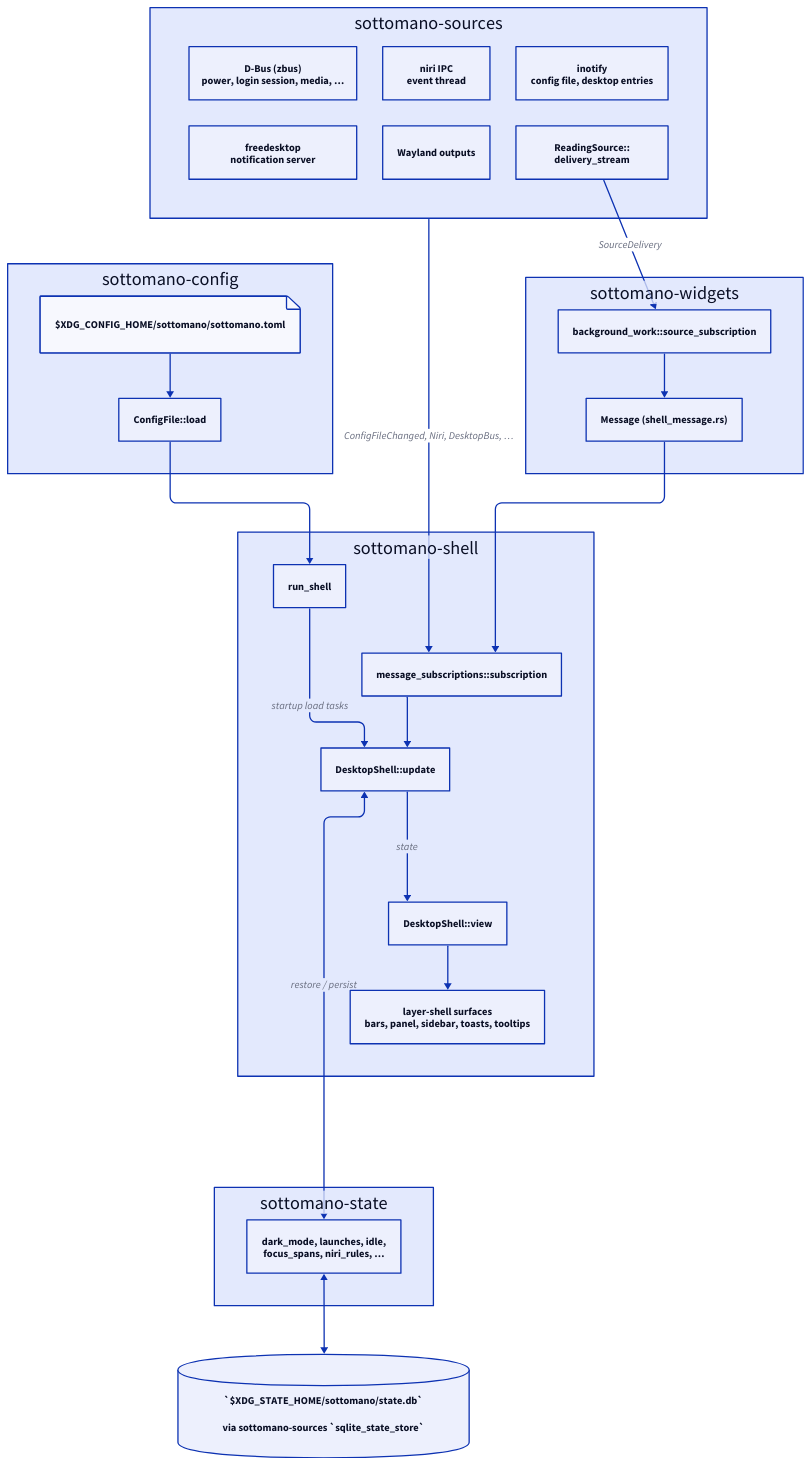
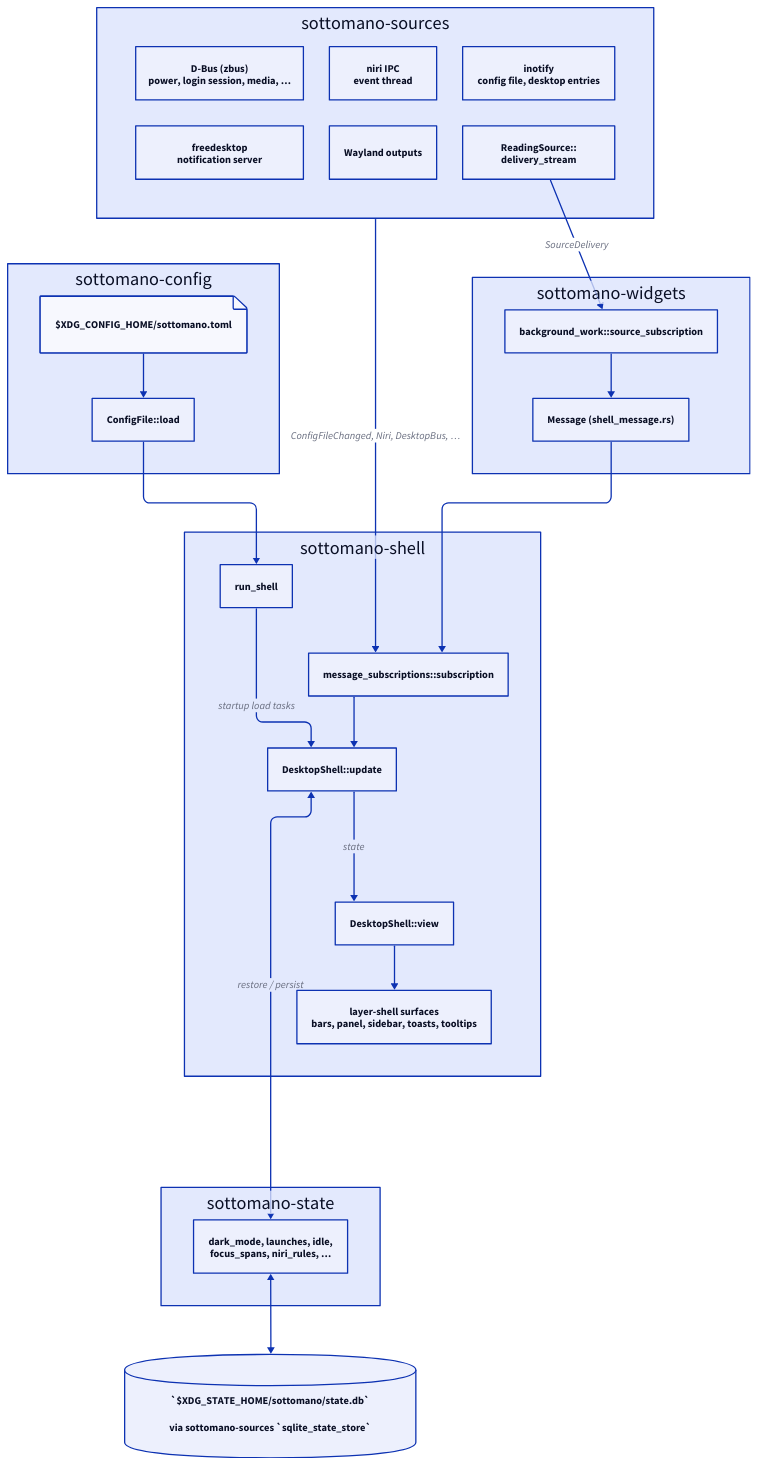
The diagram in docs/diagrams/runtime_data_flow.d2 (wvhulle/sottomano), drawn with D2 before and after one commit. The commit also changed 4 other files, not shown here.

```diff
--- a/docs/diagrams/runtime_data_flow.d2
+++ b/docs/diagrams/runtime_data_flow.d2
@@ -1,63 +1,63 @@
 vars: {
   d2-config: {
     layout-engine: elk
     theme-id: 0
     dark-theme-id: 200
     pad: 20
   }
 }
 
 direction: down
 
 config_crate: sottomano-config {
-  config_file: '$XDG_CONFIG_HOME/sottomano/sottomano.toml' {shape: page}
+  config_file: '$XDG_CONFIG_HOME/sottomano.toml' {shape: page}
   config_loading: "ConfigFile::load"
   config_file -> config_loading
 }
 
 sources_crate: sottomano-sources {
   grid-columns: 3
   desktop_bus: "D-Bus (zbus)\npower, login session, media, …"
   notification_server: "freedesktop\nnotification server"
   niri_event_thread: "niri IPC\nevent thread"
   wayland_outputs: "Wayland outputs"
   file_watches: "inotify\nconfig file, desktop entries"
   reading_sources: "ReadingSource::\ndelivery_stream"
 }
 
 widgets_crate: sottomano-widgets {
   source_subscription: "background_work::source_subscription"
   shell_message: "Message (shell_message.rs)"
 }
 
 shell_crate: sottomano-shell {
   run_shell: "run_shell"
   message_subscriptions: "message_subscriptions::subscription"
   shell_update: "DesktopShell::update"
   shell_view: "DesktopShell::view"
   layer_surfaces: "layer-shell surfaces\nbars, panel, sidebar, toasts, tooltips"
 
   run_shell -> shell_update: "startup load tasks"
   message_subscriptions -> shell_update
   shell_update -> shell_view: "state"
   shell_view -> layer_surfaces
 }
 
 state_crate: sottomano-state {
   saved_state_modules: "dark_mode, launches, idle,\nfocus_spans, niri_rules, …"
 }
 
 sqlite_state_store: |md
   `$XDG_STATE_HOME/sottomano/state.db`
 
   via sottomano-sources `sqlite_state_store`
 | {shape: cylinder}
 
 state_crate.saved_state_modules <-> sqlite_state_store
 
 config_crate.config_loading -> shell_crate.run_shell
 sources_crate -> shell_crate.message_subscriptions: "ConfigFileChanged, Niri, DesktopBus, …"
 sources_crate.reading_sources -> widgets_crate.source_subscription: "SourceDelivery"
 widgets_crate.source_subscription -> widgets_crate.shell_message
 widgets_crate.shell_message -> shell_crate.message_subscriptions
 shell_crate.shell_update <-> state_crate.saved_state_modules: "restore / persist"
```
